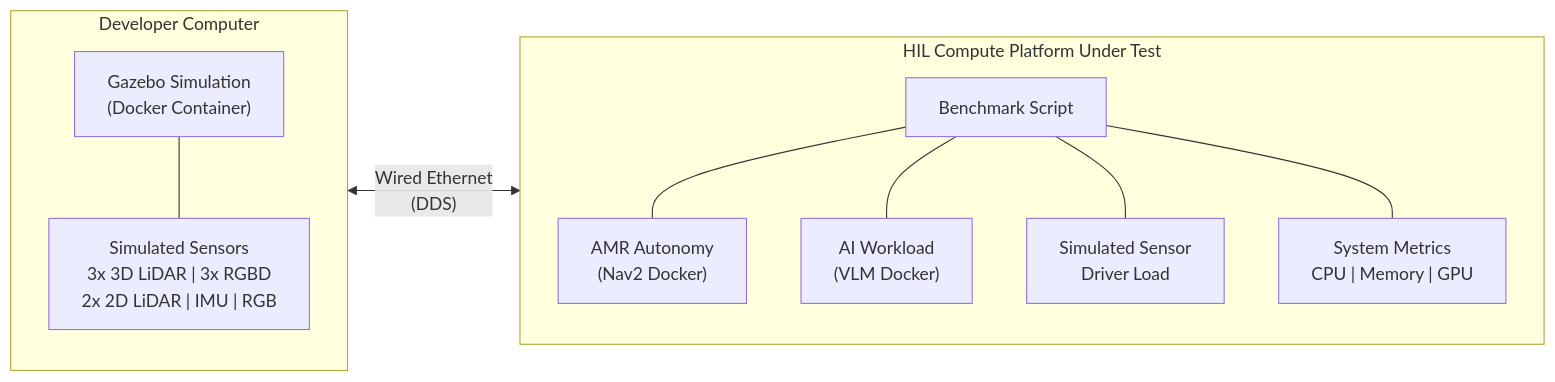
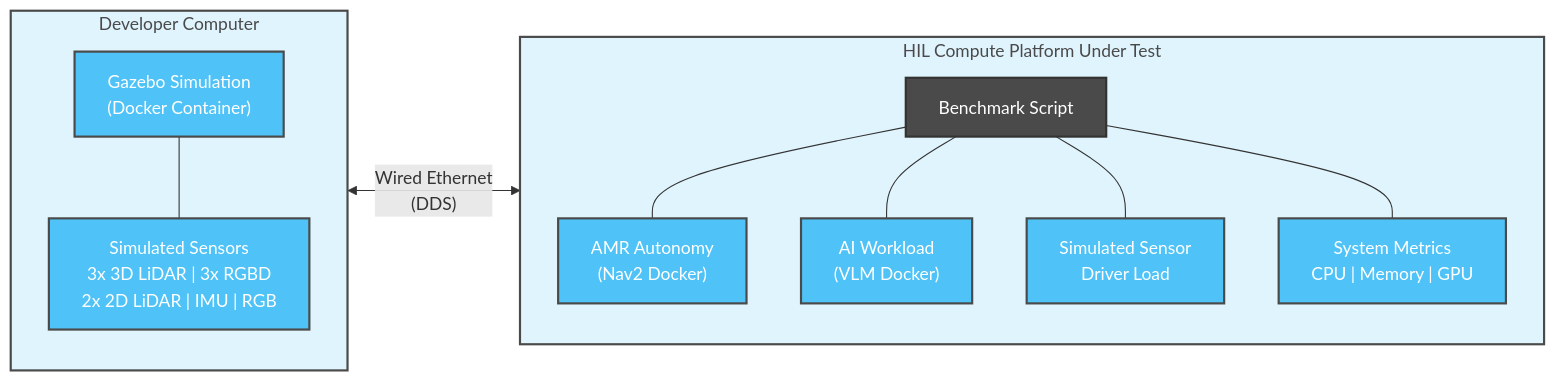
Before and after one commit to open-navigation/opennav_robotics_workload_benchmark: the diagram in README.md, drawn with Mermaid.

Commit message:
coloring the diagram

````diff
--- a/README.md
+++ b/README.md
@@ -48,19 +48,26 @@
 ```mermaid
 graph LR
     subgraph dev["Developer Computer"]
         direction TB
         sim["Gazebo Simulation<br/>(Docker Container)"]
         sim --- sensors["Simulated Sensors<br/>3x 3D LiDAR | 3x RGBD<br/>2x 2D LiDAR | IMU | RGB"]
     end
 
     dev <-->|"Wired Ethernet<br/>(DDS)"| hil
 
     subgraph hil["HIL Compute Platform Under Test"]
         direction TB
         bench["Benchmark Script"]
         bench --- amr["AMR Autonomy<br/>(Nav2 Docker)"]
         bench --- ai["AI Workload<br/>(VLM Docker)"]
         bench --- drivers["Simulated Sensor<br/>Driver Load"]
         bench --- metrics["System Metrics<br/>CPU | Memory | GPU"]
     end
+
+    classDef blueNode fill:#4FC3F7,stroke:#4A4A4A,stroke-width:2px,color:#fff
+    classDef greyNode fill:#4A4A4A,stroke:#333,stroke-width:2px,color:#fff
+    class sim,sensors,amr,ai,drivers,metrics blueNode
+    class bench greyNode
+    style dev fill:#E0F4FD,stroke:#4A4A4A,stroke-width:2px,color:#4A4A4A
+    style hil fill:#E0F4FD,stroke:#4A4A4A,stroke-width:2px,color:#4A4A4A
 ```
````
